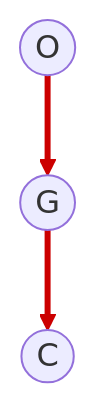
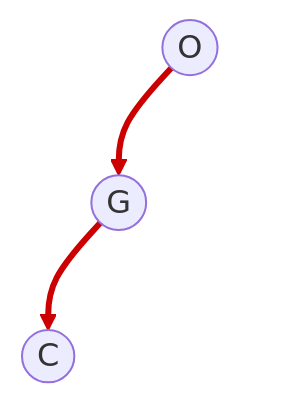
Diagram 15 of 17 in _drafts/2018-09-25-red-black-bst.md (tmtxt/tmtxt.github.com), drawn with Mermaid before and after one commit. The commit also changed other lines of this file, not shown here.

```diff
--- a/_drafts/2018-09-25-red-black-bst.md
+++ b/_drafts/2018-09-25-red-black-bst.md
@@ -318,9 +320,13 @@
 <div class="mermaid">
 graph TD
   O((O)) --> G((G))
+  O ~~~ Opad(( ))
   G --> C((C))
+  G ~~~ Gpad(( ))
 
 linkStyle 0 stroke:#c00,stroke-width:3px
-linkStyle 1 stroke:#c00,stroke-width:3px
+linkStyle 2 stroke:#c00,stroke-width:3px
+style Opad fill:transparent,stroke:transparent
+style Gpad fill:transparent,stroke:transparent
 
 </div>
```
